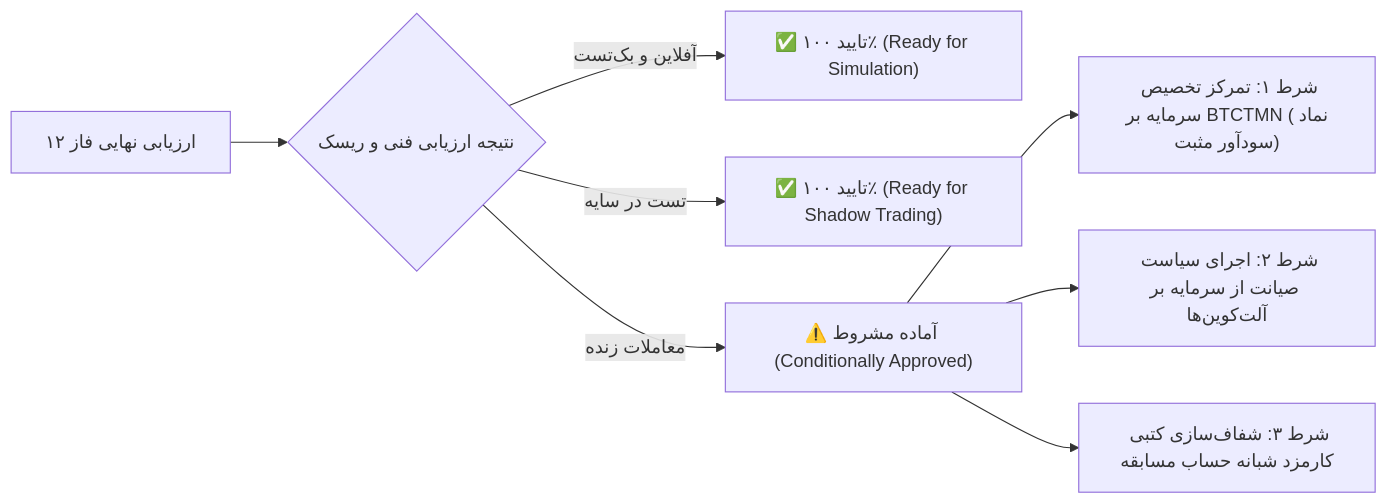
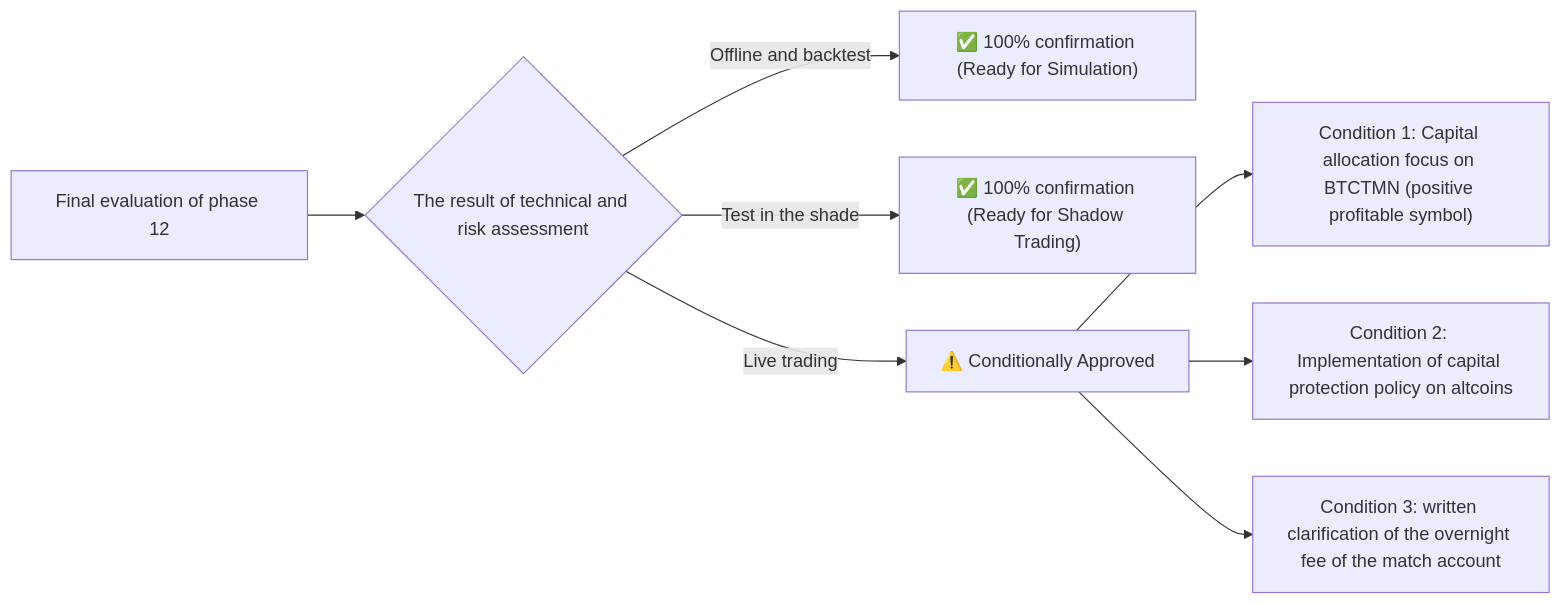
The diagram in docs/PHASE12_READINESS.md (AliFazelniya/wallextrade), drawn with Mermaid before and after one commit. The commit also changed other lines of this file and 81 other files, not shown here.

````diff
--- a/docs/PHASE12_READINESS.md
+++ b/docs/PHASE12_READINESS.md
@@ -62,11 +62,11 @@
 ```mermaid
 graph LR
-    A["ارزیابی نهایی فاز ۱۲"] --> B{"نتیجه ارزیابی فنی و ریسک"}
-    B -->|آفلاین و بک‌تست| C["✅ تایید ۱۰۰٪ (Ready for Simulation)"]
-    B -->|تست در سایه| D["✅ تایید ۱۰۰٪ (Ready for Shadow Trading)"]
-    B -->|معاملات زنده| E["⚠️ آماده مشروط (Conditionally Approved)"]
+    A["Final evaluation of phase 12"] --> B{"The result of technical and risk assessment"}
+    B -->|Offline and backtest| C["✅ 100% confirmation (Ready for Simulation)"]
+    B -->|Test in the shade| D["✅ 100% confirmation (Ready for Shadow Trading)"]
+    B -->|Live trading| E["⚠️ Conditionally Approved"]
     
-    E --> F["شرط ۱: تمرکز تخصیص سرمایه بر BTCTMN (نماد سودآور مثبت)"]
-    E --> G["شرط ۲: اجرای سیاست صیانت از سرمایه بر آلت‌کوین‌ها"]
-    E --> H["شرط ۳: شفاف‌سازی کتبی کارمزد شبانه حساب مسابقه"]
+    E --> F["Condition 1: Capital allocation focus on BTCTMN (positive profitable symbol)"]
+    E --> G["Condition 2: Implementation of capital protection policy on altcoins"]
+    E --> H["Condition 3: written clarification of the overnight fee of the match account"]
 ```
````
